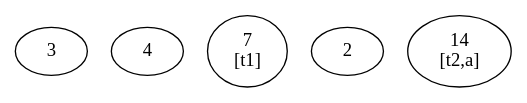
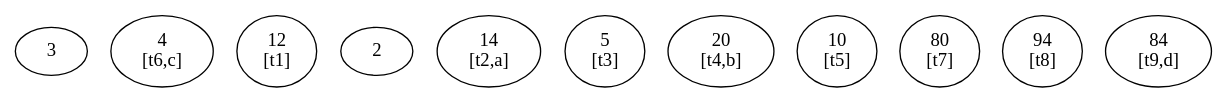
The diagram in out/dag_B0_before.dot (coralpixel/visual-code-optimizer), drawn with Graphviz before and after one commit. The commit also changed 21 other files, not shown here.

```diff
--- a/out/dag_B0_before.dot
+++ b/out/dag_B0_before.dot
@@ -1,7 +1,13 @@
 digraph DAG {
 n0 [label="3"];
-n1 [label="4"];
-n2 [label="7\n[t1]"];
+n1 [label="4\n[t6,c]"];
+n2 [label="12\n[t1]"];
 n3 [label="2"];
 n4 [label="14\n[t2,a]"];
+n5 [label="5\n[t3]"];
+n6 [label="20\n[t4,b]"];
+n7 [label="10\n[t5]"];
+n8 [label="80\n[t7]"];
+n9 [label="94\n[t8]"];
+n10 [label="84\n[t9,d]"];
 }
```
